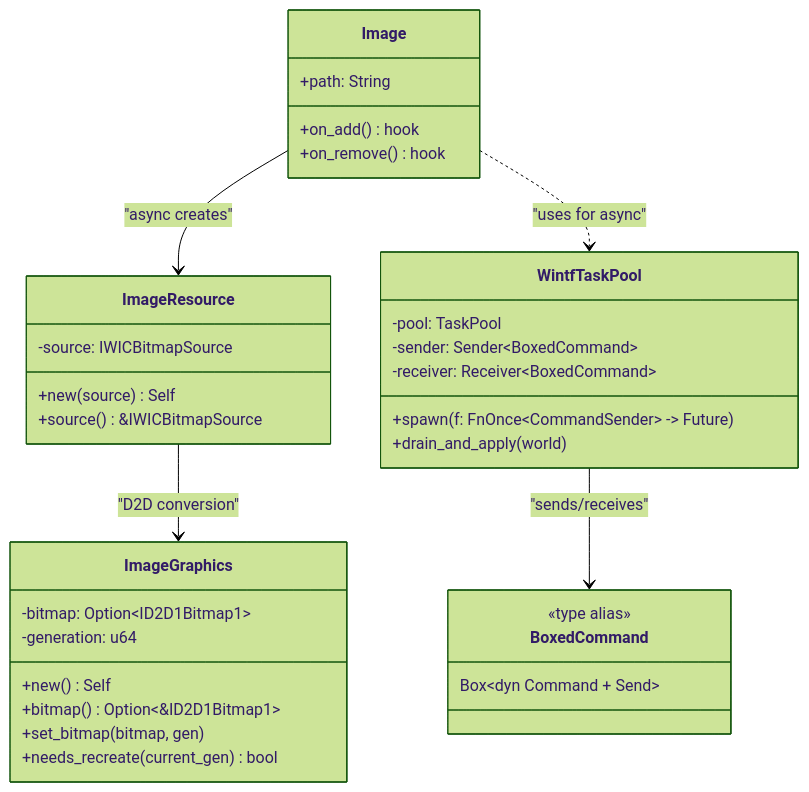
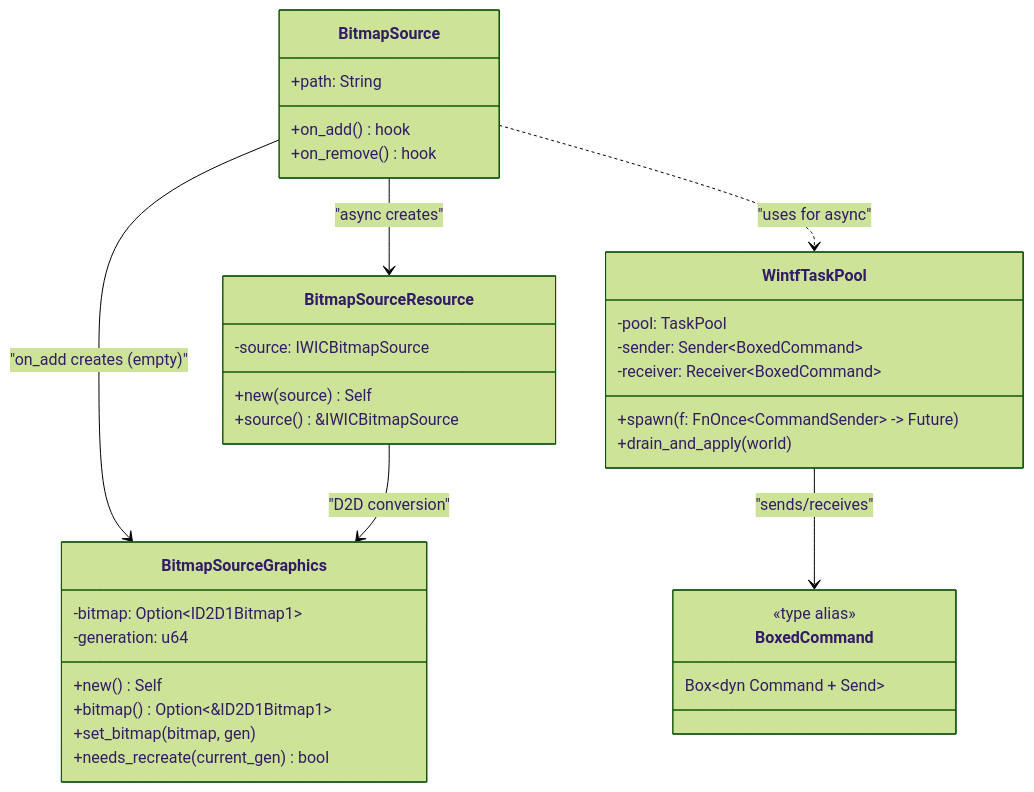
Before and after one commit to ekicyou/dcomp_sample-rs: the second of 6 diagrams in .kiro/specs/wintf-P0-image-widget/design.md, drawn with Mermaid (forest theme). The commit also changed other lines of this file and 1 other file, not shown here.

First line of the commit message:
docs(spec): Image → BitmapSource にリネーム、on_add で BitmapSourceGraphics 生成

````diff
--- a/.kiro/specs/wintf-P0-image-widget/design.md
+++ b/.kiro/specs/wintf-P0-image-widget/design.md
@@ -57,41 +58,42 @@
 ```mermaid
 classDiagram
-    class Image {
+    class BitmapSource {
         +path: String
         +on_add() hook
         +on_remove() hook
     }
     
-    class ImageResource {
+    class BitmapSourceResource {
         -source: IWICBitmapSource
         +new(source) Self
         +source() &IWICBitmapSource
     }
     
-    class ImageGraphics {
+    class BitmapSourceGraphics {
         -bitmap: Option~ID2D1Bitmap1~
         -generation: u64
         +new() Self
         +bitmap() Option~&ID2D1Bitmap1~
         +set_bitmap(bitmap, gen)
         +needs_recreate(current_gen) bool
     }
     
     class WintfTaskPool {
         -pool: TaskPool
         -sender: Sender~BoxedCommand~
         -receiver: Receiver~BoxedCommand~
         +spawn(f: FnOnce~CommandSender~ -> Future)
         +drain_and_apply(world)
     }
     
     class BoxedCommand {
         <<type alias>>
         Box~dyn Command + Send~
     }
     
-    Image --> ImageResource : "async creates"
-    ImageResource --> ImageGraphics : "D2D conversion"
-    Image ..> WintfTaskPool : "uses for async"
+    BitmapSource --> BitmapSourceResource : "async creates"
+    BitmapSource --> BitmapSourceGraphics : "on_add creates (empty)"
+    BitmapSourceResource --> BitmapSourceGraphics : "D2D conversion"
+    BitmapSource ..> WintfTaskPool : "uses for async"
     WintfTaskPool --> BoxedCommand : "sends/receives"
 ```
````
